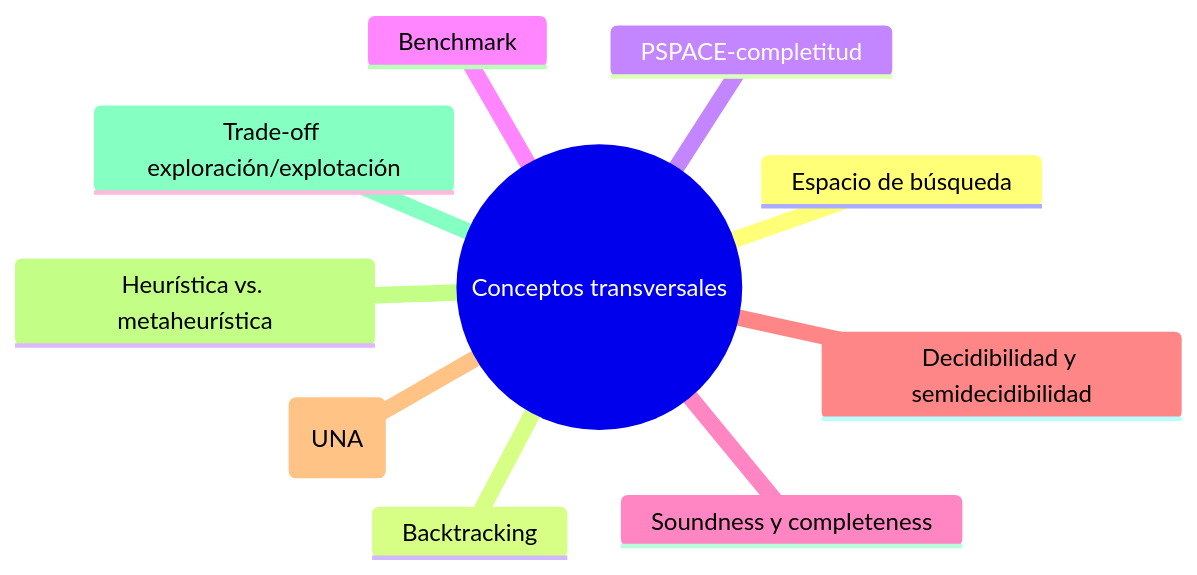
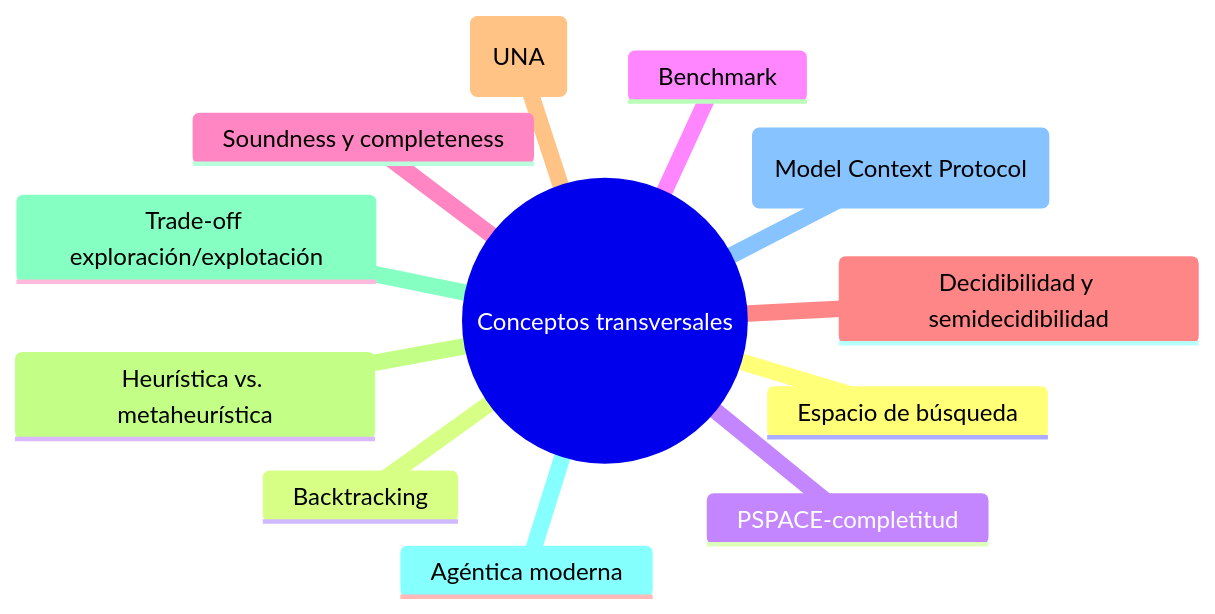
Before and after one commit to rgglez/rgglez-website: diagram 13 of 17 in src/src/data/blog/2026/05/es/glosario-razonamiento-planificacion.mdx, drawn with Mermaid. The commit also changed other lines of this file and 10 other files, not shown here.

````diff
--- a/src/src/data/blog/2026/05/es/glosario-razonamiento-planificacion.mdx
+++ b/src/src/data/blog/2026/05/es/glosario-razonamiento-planificacion.mdx
@@ -1487,13 +1489,15 @@
 ```mermaid
 mindmap
   root(("Conceptos transversales"))
     Espacio de búsqueda
     Backtracking
     PSPACE-completitud
     Benchmark
     Soundness y completeness
     Decidibilidad y semidecidibilidad
     Hipótesis del nombre único (UNA)
     Heurística vs. metaheurística
     Trade-off exploración/explotación
+    Agéntica moderna
+    MCP (Model Context Protocol)
 ```
````
